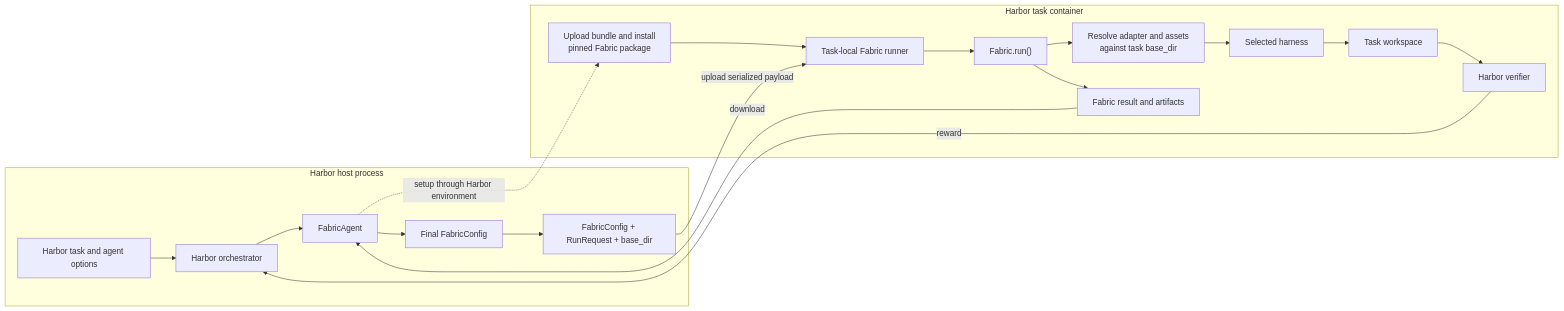
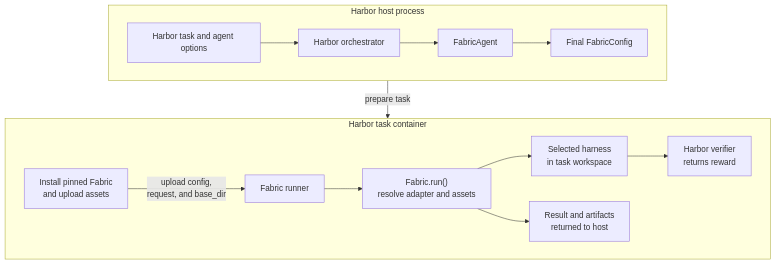
The diagram in examples/harbor/README.md (NVIDIA/NeMo-Fabric), drawn with Mermaid before and after one commit.

Commit message:
Improve Harbor architecture diagram readability

````diff
--- a/examples/harbor/README.md
+++ b/examples/harbor/README.md
@@ -15,31 +15,27 @@
 ```mermaid
-flowchart LR
+flowchart TB
     subgraph Host["Harbor host process"]
+        direction LR
         Inputs["Harbor task and agent options"]
         Harbor["Harbor orchestrator"]
         Agent["FabricAgent"]
         Config["Final FabricConfig"]
-        Payload["FabricConfig + RunRequest + base_dir"]
 
-        Inputs --> Harbor --> Agent --> Config --> Payload
+        Inputs --> Harbor --> Agent --> Config
     end
 
     subgraph Container["Harbor task container"]
-        Setup["Upload bundle and install<br/>pinned Fabric package"]
-        Runner["Task-local Fabric runner"]
-        Fabric["Fabric.run()"]
-        Resolve["Resolve adapter and assets<br/>against task base_dir"]
-        Harness["Selected harness"]
-        Workspace["Task workspace"]
-        Verifier["Harbor verifier"]
-        Result["Fabric result and artifacts"]
+        direction LR
+        Setup["Install pinned Fabric<br/>and upload assets"]
+        Runner["Fabric runner"]
+        Fabric["Fabric.run()<br/>resolve adapter and assets"]
+        Execution["Selected harness<br/>in task workspace"]
+        Verifier["Harbor verifier<br/>returns reward"]
+        Result["Result and artifacts<br/>returned to host"]
 
-        Setup --> Runner --> Fabric --> Resolve --> Harness --> Workspace --> Verifier
+        Setup -- "upload config,<br/>request, and base_dir" --> Runner --> Fabric --> Execution --> Verifier
         Fabric --> Result
     end
 
-    Agent -. "setup through Harbor environment" .-> Setup
-    Payload -- "upload serialized payload" --> Runner
-    Result -- "download" --> Agent
-    Verifier -- "reward" --> Harbor
+    Config -- "prepare task" --> Setup
 ```
````
